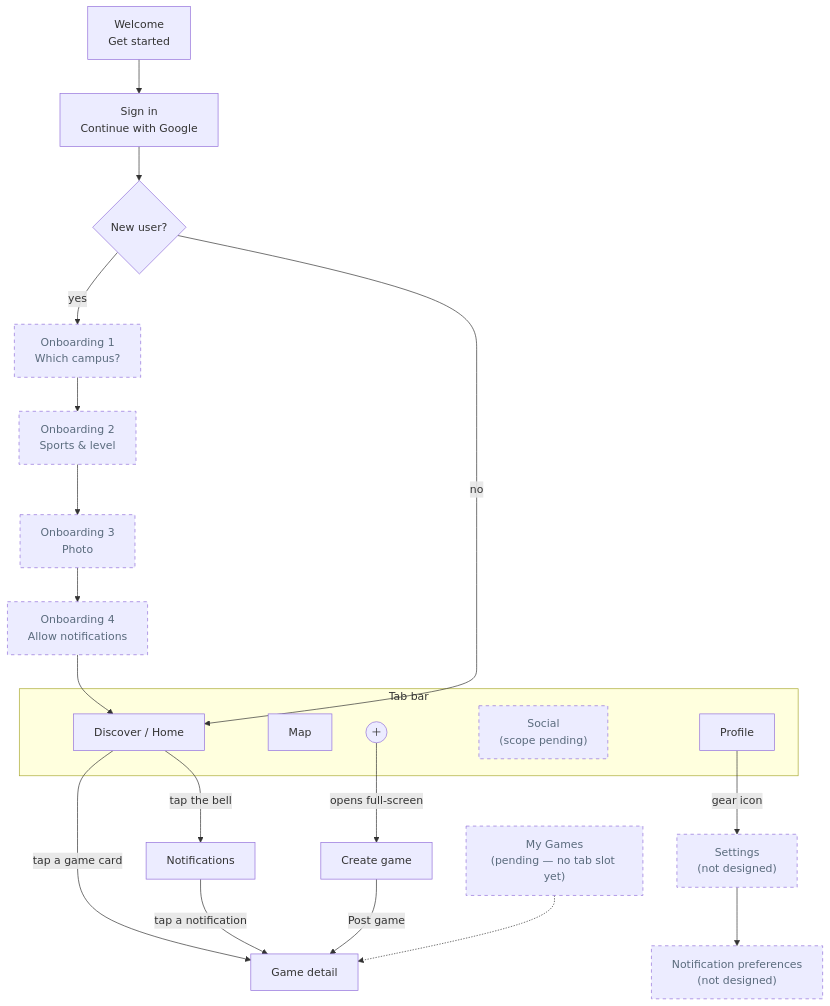
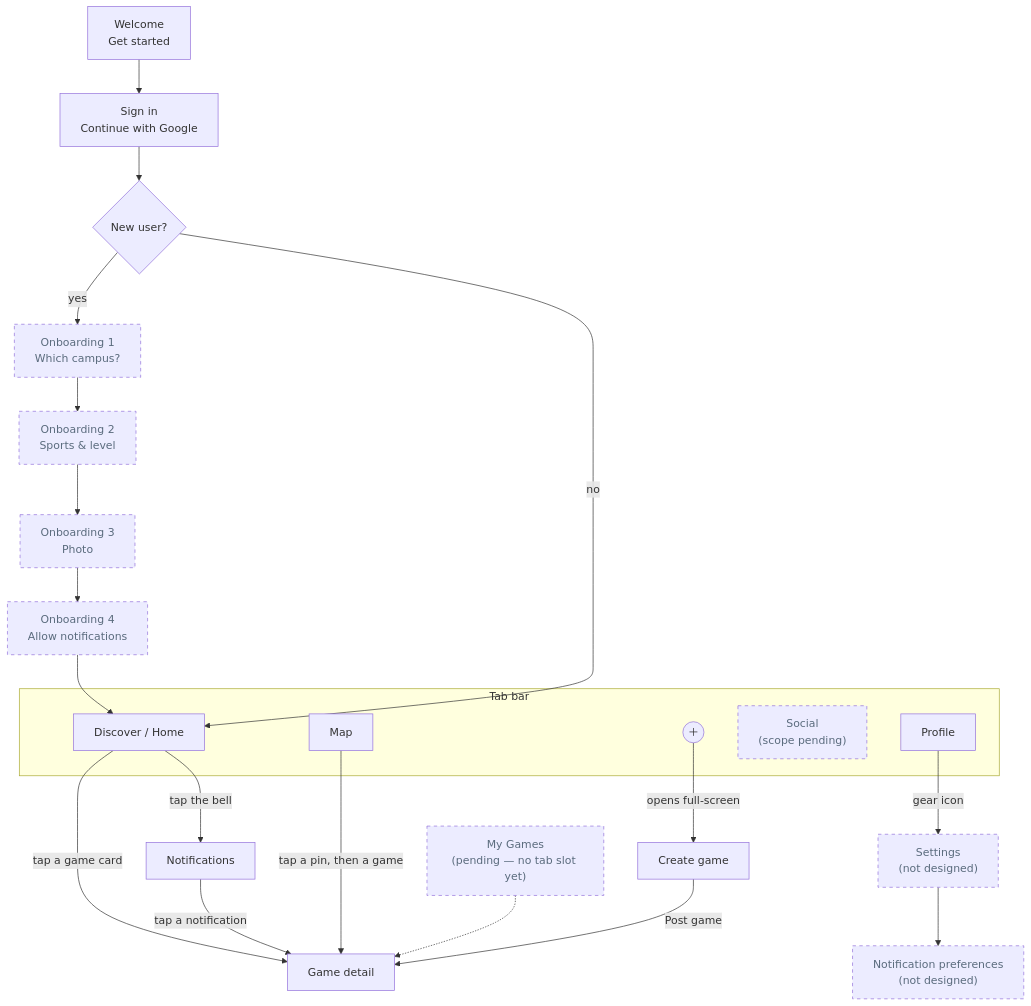
One commit to aymanlaassel/pantherplay changed the third of 9 diagrams in docs/ARCHITECTURE.md. Above: the diagram before and after it, drawn with Mermaid. The commit also changed other lines of this file and 8 other files, not shown here.

````diff
--- a/docs/ARCHITECTURE.md
+++ b/docs/ARCHITECTURE.md
@@ -143,31 +143,32 @@
 ```mermaid
 flowchart TD
   Welcome["Welcome<br/>Get started"] --> SignIn["Sign in<br/>Continue with Google"]
   SignIn --> Gate{"New user?"}
   Gate -- yes --> Campus["Onboarding 1<br/>Which campus?"]
   Campus --> Sports["Onboarding 2<br/>Sports & level"]
   Sports --> Photo["Onboarding 3<br/>Photo"]
   Photo --> Notif["Onboarding 4<br/>Allow notifications"]
   Notif --> Discover
   Gate -- no --> Discover
 
   subgraph TabBar["Tab bar"]
     Discover["Discover / Home"]
     MapTab["Map"]
     Plus(("＋"))
     Social["Social<br/>(scope pending)"]
     Profile["Profile"]
   end
 
   Discover -- "tap a game card" --> Detail["Game detail"]
+  MapTab -- "tap a pin, then a game" --> Detail
   Discover -- "tap the bell" --> Notifications["Notifications"]
   Plus -- "opens full-screen" --> Create["Create game"]
   Create -- "Post game" --> Detail
   Profile -- "gear icon" --> Settings["Settings<br/>(not designed)"]
   Settings --> NotifPrefs["Notification preferences<br/>(not designed)"]
   Notifications -- "tap a notification" --> Detail
   MyGames["My Games<br/>(pending — no tab slot yet)"] -.-> Detail
 
   classDef pending stroke-dasharray: 5 5,color:#5A6B7D
   class Social,Settings,NotifPrefs,MyGames,Campus,Sports,Photo,Notif pending
 ```
````
